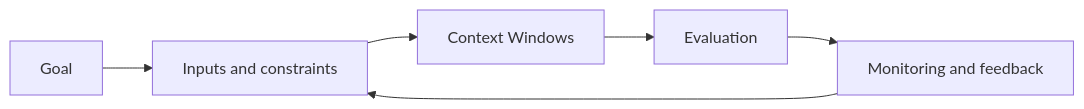
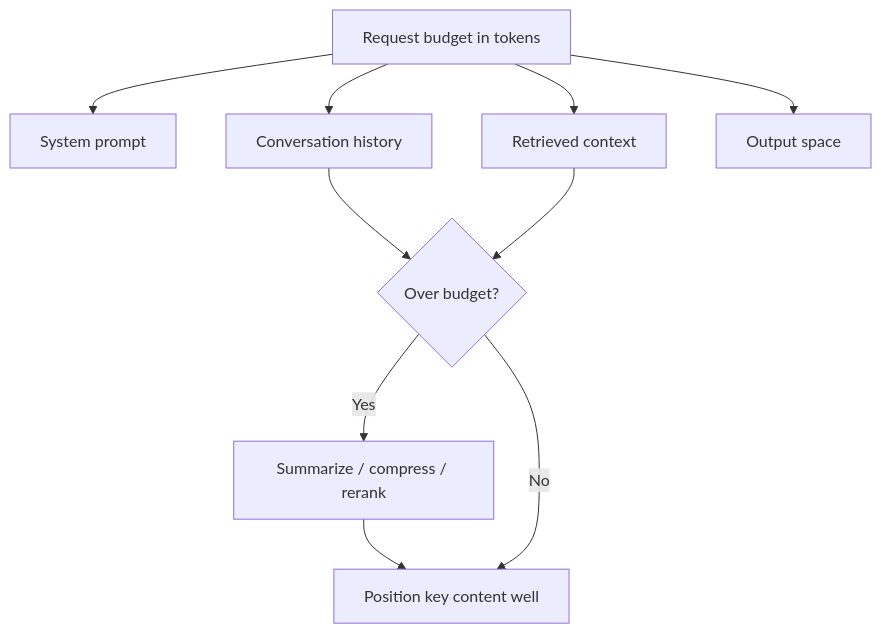
One commit to Icon1cc/Machine-Learning changed the diagram in llms/07-context-windows.md. Above: the diagram before and after it, drawn with Mermaid. The commit also changed other lines of this file and 118 other files, not shown here.

````diff
--- a/llms/07-context-windows.md
+++ b/llms/07-context-windows.md
@@ -93,8 +72,12 @@
 ```mermaid
-flowchart LR
-    A[Goal] --> B[Inputs and constraints]
-    B --> C[Context Windows]
-    C --> D[Evaluation]
-    D --> E[Monitoring and feedback]
-    E --> B
+flowchart TD
+    A[Request budget in tokens] --> B[System prompt]
+    A --> C[Conversation history]
+    A --> D[Retrieved context]
+    A --> E[Output space]
+    C --> F{Over budget?}
+    D --> F
+    F -- Yes --> G[Summarize / compress / rerank]
+    G --> H[Position key content well]
+    F -- No --> H
 ```
````
